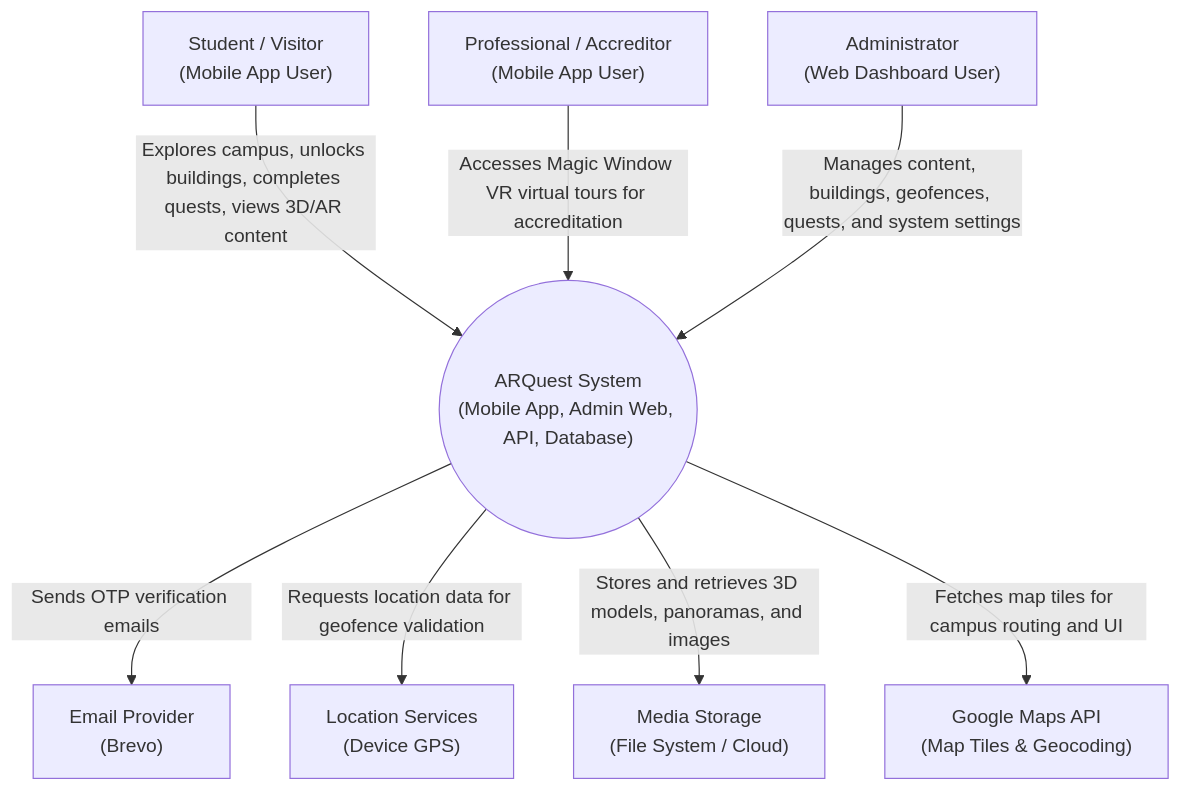
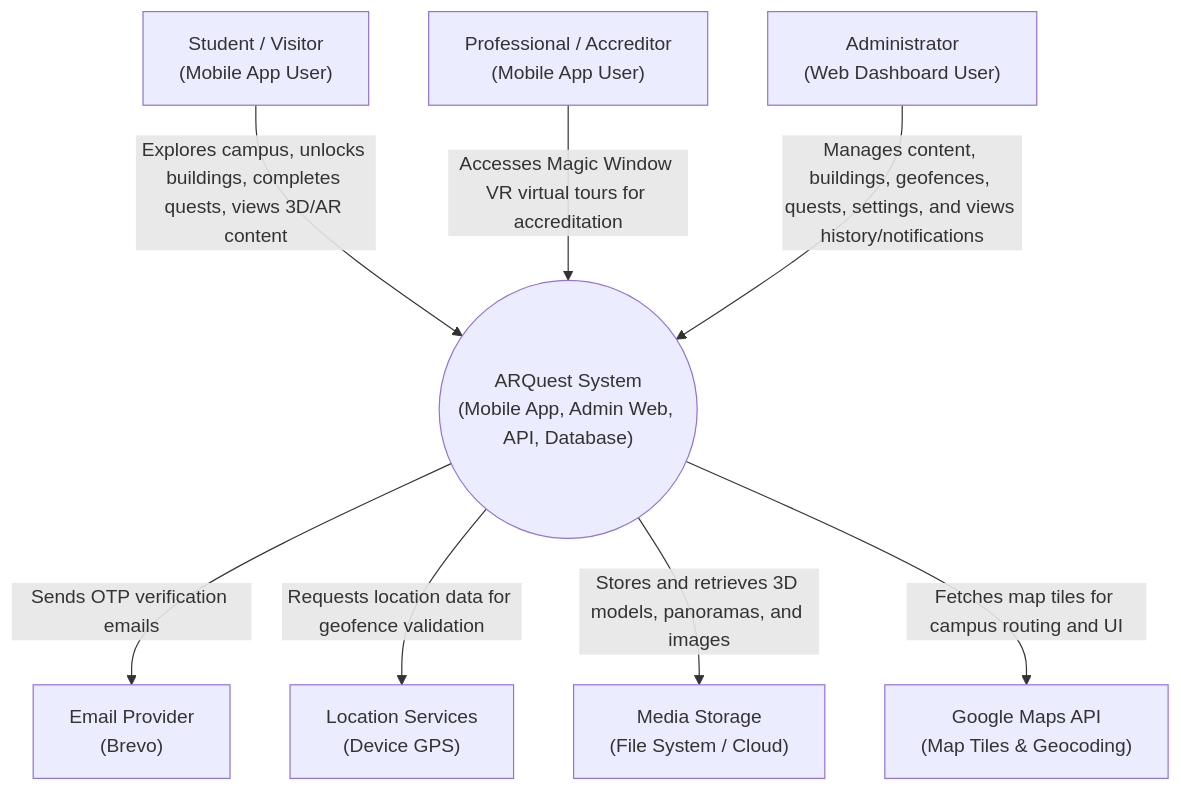
The diagram in context-diagram.md (Cipher-Syntax/ARQuest), drawn with Mermaid before and after one commit. The commit also changed other lines of this file and 7 other files, not shown here.

Commit message:
docs: Update architectural diagrams for Notifications and History & Logs

````diff
--- a/context-diagram.md
+++ b/context-diagram.md
@@ -11,26 +11,26 @@
 ```mermaid
 graph TD
     %% Actors
     Student["Student / Visitor<br/>(Mobile App User)"]
     Prof["Professional / Accreditor<br/>(Mobile App User)"]
     Admin["Administrator<br/>(Web Dashboard User)"]
 
     %% Core System
     ARQuest(("ARQuest System<br/>(Mobile App, Admin Web, API, Database)"))
 
     %% External Systems
     EmailSvc["Email Provider<br/>(Brevo)"]
     GPSSvc["Location Services<br/>(Device GPS)"]
     MediaSvc["Media Storage<br/>(File System / Cloud)"]
     MapsSvc["Google Maps API<br/>(Map Tiles & Geocoding)"]
 
     %% Interactions
     Student -- "Explores campus, unlocks buildings, completes quests, views 3D/AR content" --> ARQuest
     Prof -- "Accesses Magic Window VR virtual tours for accreditation" --> ARQuest
-    Admin -- "Manages content, buildings, geofences, quests, and system settings" --> ARQuest
+    Admin -- "Manages content, buildings, geofences, quests, settings, and views history/notifications" --> ARQuest
 
     ARQuest -- "Sends OTP verification emails" --> EmailSvc
     ARQuest -- "Requests location data for geofence validation" --> GPSSvc
     ARQuest -- "Stores and retrieves 3D models, panoramas, and images" --> MediaSvc
     ARQuest -- "Fetches map tiles for campus routing and UI" --> MapsSvc
 ```
````
